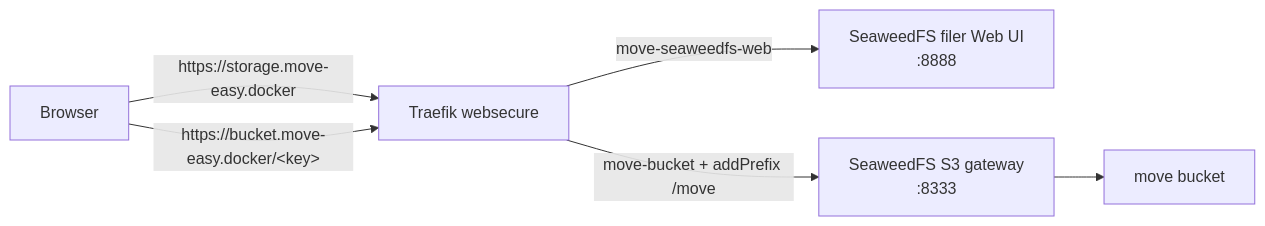
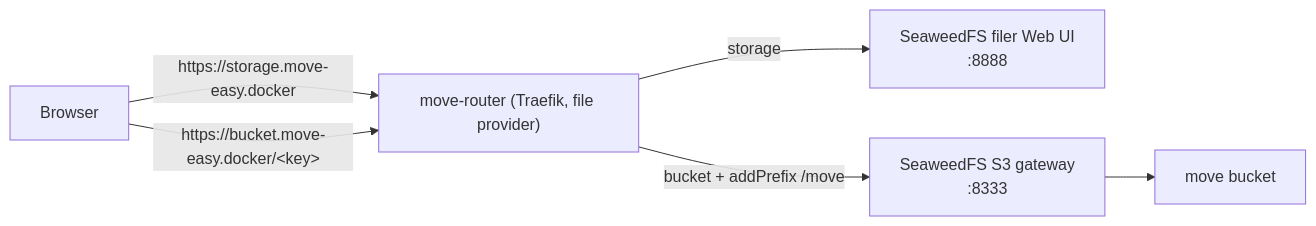
Before and after one commit to joel/move: the tenth of 16 diagrams in doc/project/architecture.md, drawn with Mermaid. The commit also changed other lines of this file and 26 other files, not shown here.

First line of the commit message:
Add move-dns and move-router local edge on 127.0.0.2

````diff
--- a/doc/project/architecture.md
+++ b/doc/project/architecture.md
@@ -470,8 +471,8 @@
 ```mermaid
 flowchart LR
-  B["Browser"] -->|"https://storage.move-easy.docker"| T["Traefik websecure"]
+  B["Browser"] -->|"https://storage.move-easy.docker"| T["move-router (Traefik, file provider)"]
   B -->|"https://bucket.move-easy.docker/&lt;key&gt;"| T
-  T -->|"move-seaweedfs-web"| UI["SeaweedFS filer Web UI<br/>:8888"]
-  T -->|"move-bucket + addPrefix /move"| S3["SeaweedFS S3 gateway<br/>:8333"]
+  T -->|"storage"| UI["SeaweedFS filer Web UI<br/>:8888"]
+  T -->|"bucket + addPrefix /move"| S3["SeaweedFS S3 gateway<br/>:8333"]
   S3 --> V["move bucket"]
 ```
````
